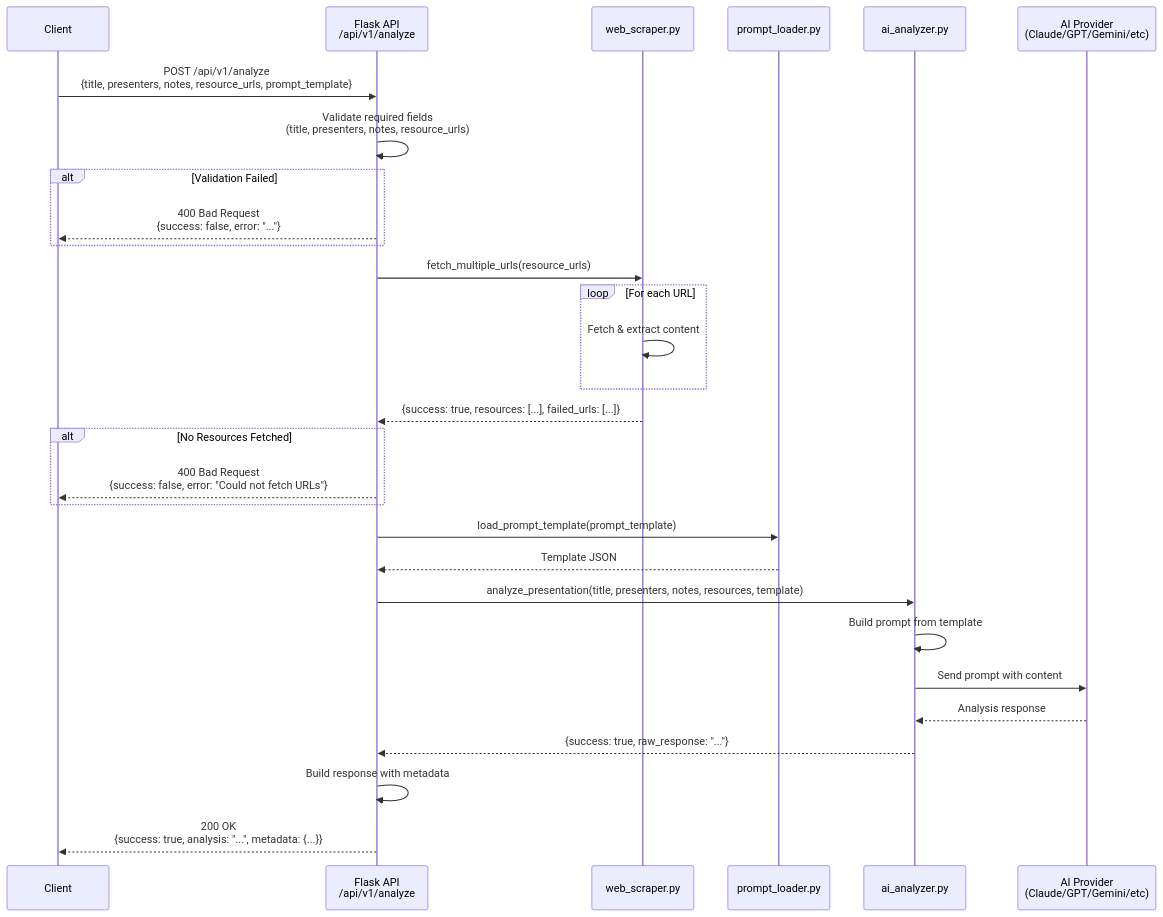
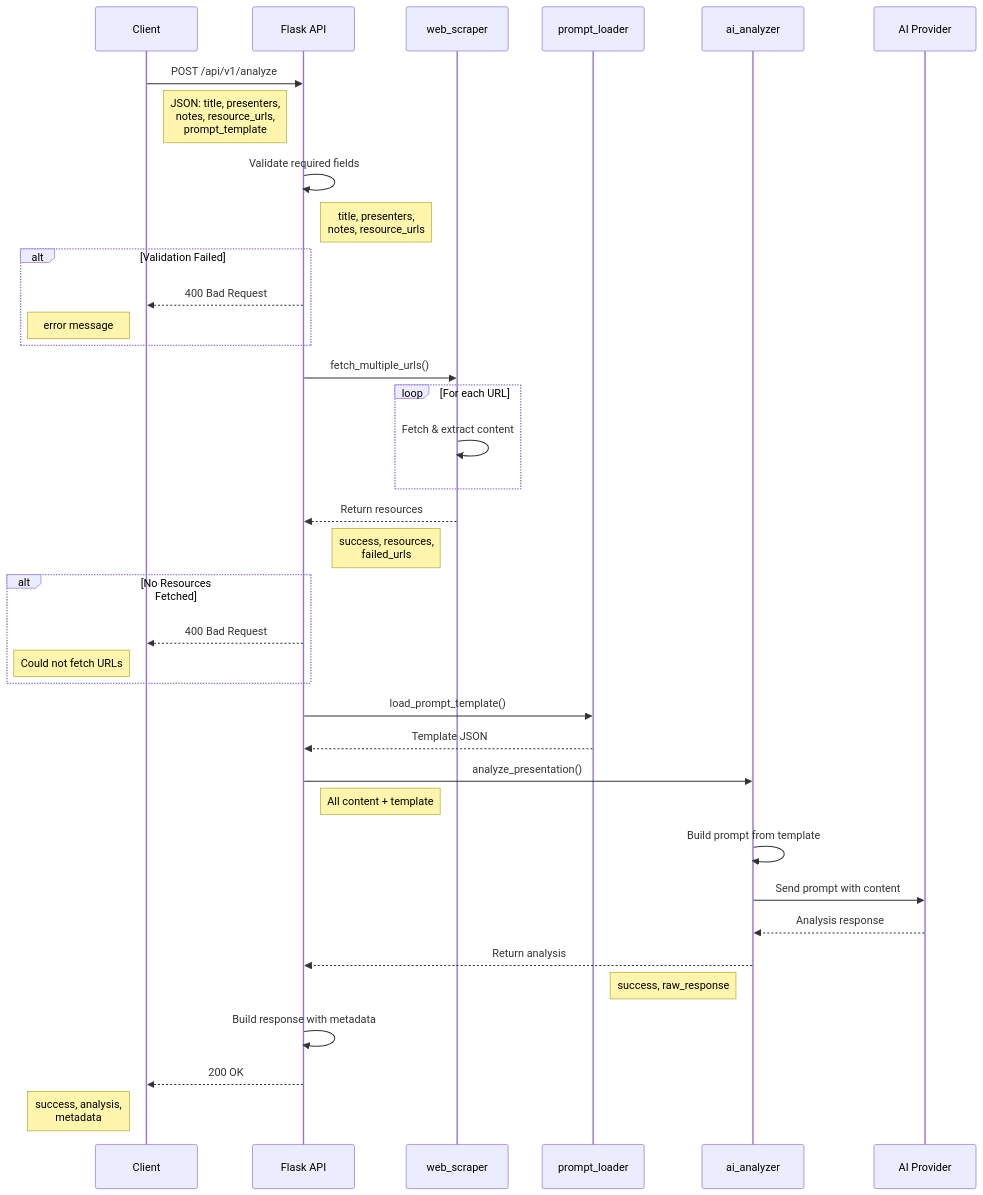
Before and after one commit to seanerama/Presentation-Intelligence-Tool: the fourth of 4 diagrams in README.md, drawn with Mermaid. The commit also changed other lines of this file, not shown here.

````diff
--- a/README.md
+++ b/README.md
@@ -572,45 +574,53 @@
 ```mermaid
 sequenceDiagram
     participant Client
-    participant API as Flask API<br/>/api/v1/analyze
-    participant Scraper as web_scraper.py
-    participant Prompt as prompt_loader.py
-    participant Analyzer as ai_analyzer.py
-    participant AI as AI Provider<br/>(Claude/GPT/Gemini/etc)
+    participant API as Flask API
+    participant Scraper as web_scraper
+    participant Prompt as prompt_loader
+    participant Analyzer as ai_analyzer
+    participant AI as AI Provider
 
-    Client->>API: POST /api/v1/analyze<br/>{title, presenters, notes, resource_urls, prompt_template}
+    Client->>API: POST /api/v1/analyze
+    Note right of Client: JSON: title, presenters,<br/>notes, resource_urls,<br/>prompt_template
 
-    API->>API: Validate required fields<br/>(title, presenters, notes, resource_urls)
+    API->>API: Validate required fields
+    Note right of API: title, presenters,<br/>notes, resource_urls
 
     alt Validation Failed
-        API-->>Client: 400 Bad Request<br/>{success: false, error: "..."}
+        API-->>Client: 400 Bad Request
+        Note left of Client: error message
     end
 
-    API->>Scraper: fetch_multiple_urls(resource_urls)
+    API->>Scraper: fetch_multiple_urls()
 
     loop For each URL
         Scraper->>Scraper: Fetch & extract content
     end
 
-    Scraper-->>API: {success: true, resources: [...], failed_urls: [...]}
+    Scraper-->>API: Return resources
+    Note left of Scraper: success, resources,<br/>failed_urls
 
     alt No Resources Fetched
-        API-->>Client: 400 Bad Request<br/>{success: false, error: "Could not fetch URLs"}
+        API-->>Client: 400 Bad Request
+        Note left of Client: Could not fetch URLs
     end
 
-    API->>Prompt: load_prompt_template(prompt_template)
+    API->>Prompt: load_prompt_template()
     Prompt-->>API: Template JSON
 
-    API->>Analyzer: analyze_presentation(title, presenters, notes, resources, template)
+    API->>Analyzer: analyze_presentation()
+    Note right of API: All content + template
 
     Analyzer->>Analyzer: Build prompt from template
 
     Analyzer->>AI: Send prompt with content
     AI-->>Analyzer: Analysis response
 
-    Analyzer-->>API: {success: true, raw_response: "..."}
+    Analyzer-->>API: Return analysis
+    Note left of Analyzer: success, raw_response
 
     API->>API: Build response with metadata
 
-    API-->>Client: 200 OK<br/>{success: true, analysis: "...", metadata: {...}}
+    API-->>Client: 200 OK
+    Note left of Client: success, analysis,<br/>metadata
 ```
````
